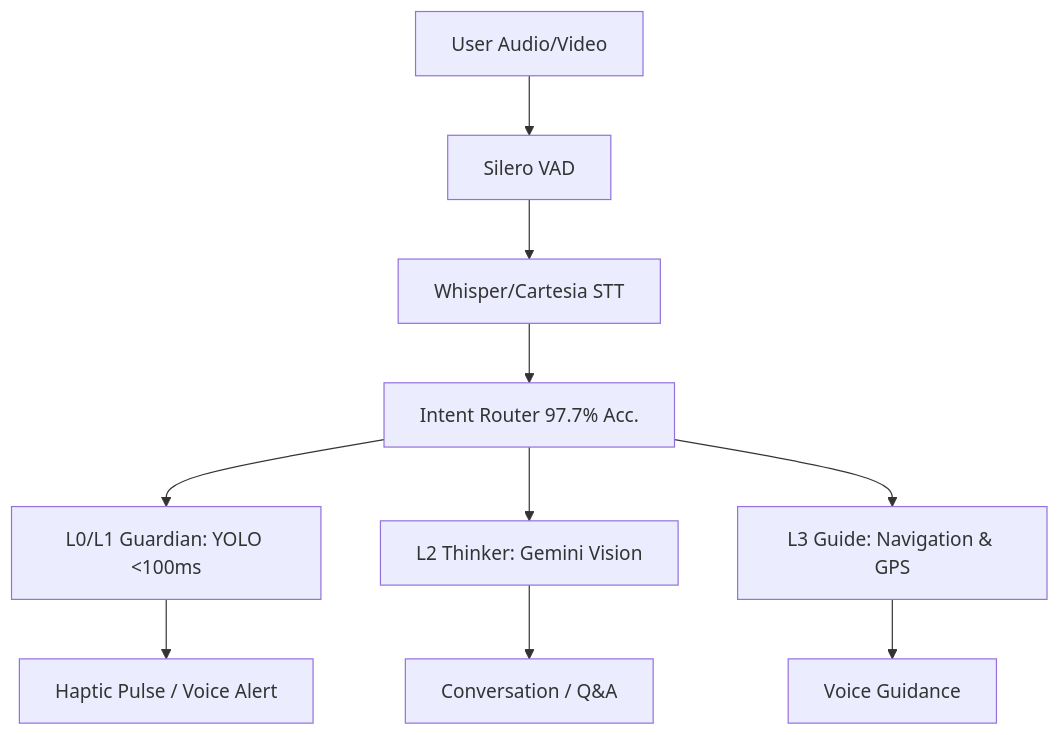
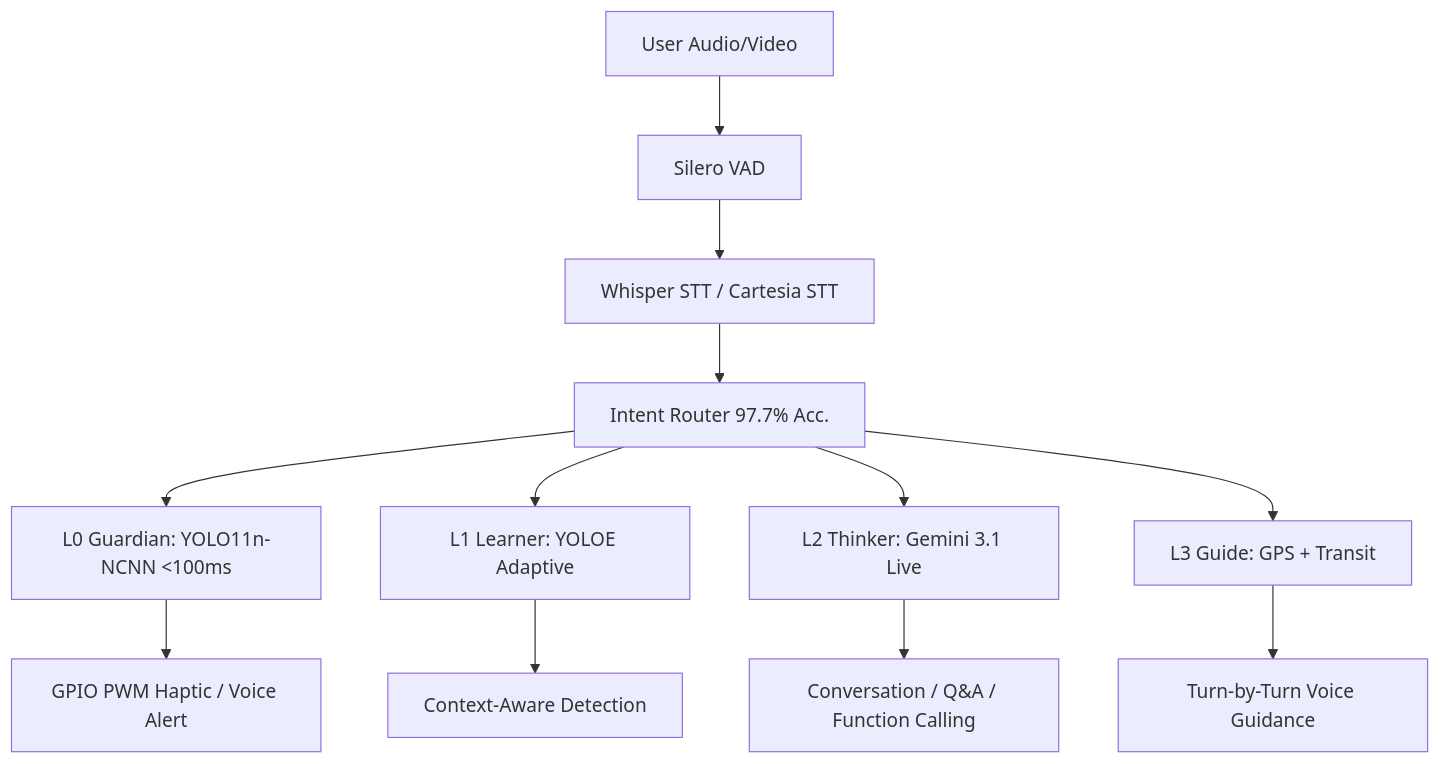
The diagram in README.md (Asirive/Asirive-Cortex), drawn with Mermaid before and after one commit. The commit also changed other lines of this file, not shown here.

````diff
--- a/README.md
+++ b/README.md
@@ -201,14 +211,16 @@
 ```mermaid
 graph TD;
     User[User Audio/Video] --> VAD[Silero VAD];
-    VAD --> STT[Whisper/Cartesia STT];
+    VAD --> STT[Whisper STT / Cartesia STT];
     STT --> Router[Intent Router 97.7% Acc.];
     
-    Router --> L0[L0/L1 Guardian: YOLO <100ms];
-    Router --> L2[L2 Thinker: Gemini Vision];
-    Router --> L3[L3 Guide: Navigation & GPS];
+    Router --> L0[L0 Guardian: YOLO11n-NCNN <100ms];
+    Router --> L1[L1 Learner: YOLOE Adaptive];
+    Router --> L2[L2 Thinker: Gemini 3.1 Live];
+    Router --> L3[L3 Guide: GPS + Transit];
     
-    L0 --> Haptic[Haptic Pulse / Voice Alert];
-    L2 --> Convo[Conversation / Q&A];
-    L3 --> Nav[Voice Guidance];
+    L0 --> Haptic[GPIO PWM Haptic / Voice Alert];
+    L1 --> Alert[Context-Aware Detection];
+    L2 --> Convo[Conversation / Q&A / Function Calling];
+    L3 --> Nav[Turn-by-Turn Voice Guidance];
 ```
````
